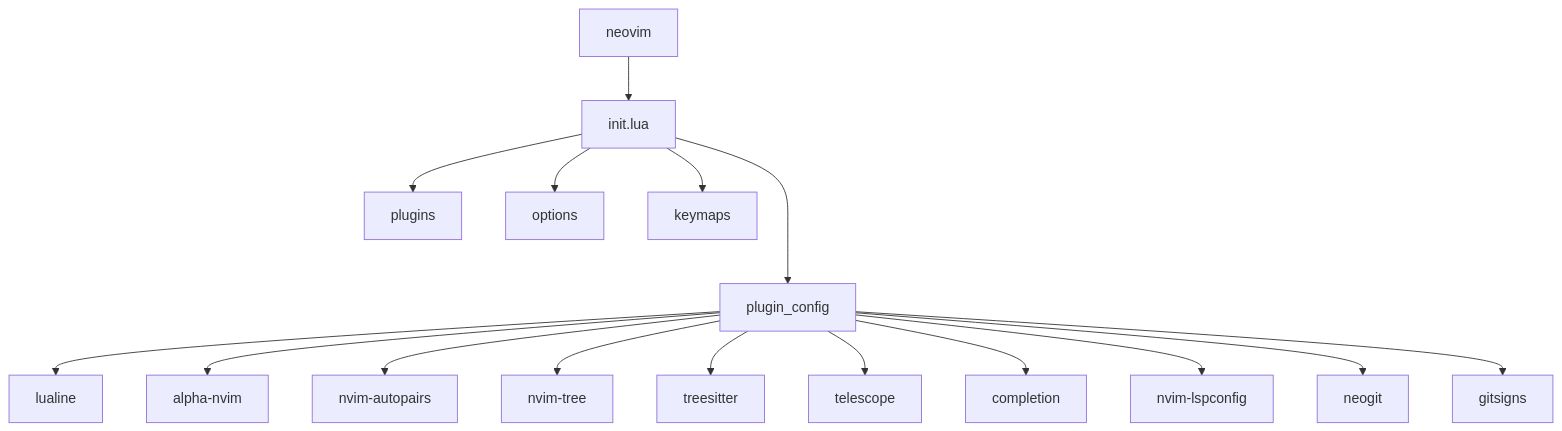
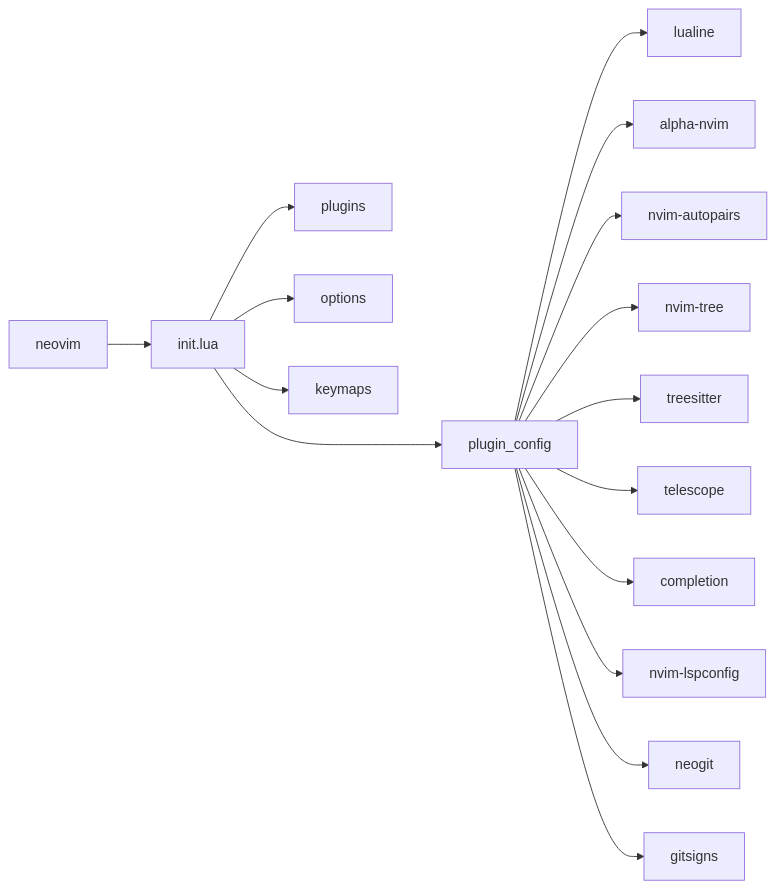
One commit to jpnt/nvim-config changed the diagram in README.md. Above: the diagram before and after it, drawn with Mermaid.

````diff
--- a/README.md
+++ b/README.md
@@ -38,20 +38,20 @@
 ```mermaid
-graph TD;
+graph LR;
     neovim-->init.lua;
 
     init.lua-->plugins;
     init.lua--->plugin_config;
     init.lua-->options;
     init.lua-->keymaps;
 
     plugin_config-->lualine;
     plugin_config-->alpha-nvim;
     plugin_config-->nvim-autopairs;
     plugin_config-->nvim-tree;
     plugin_config-->treesitter;
     plugin_config-->telescope;
     plugin_config-->completion;
     plugin_config-->nvim-lspconfig;
     plugin_config-->neogit;
     plugin_config-->gitsigns;
 ```
````
